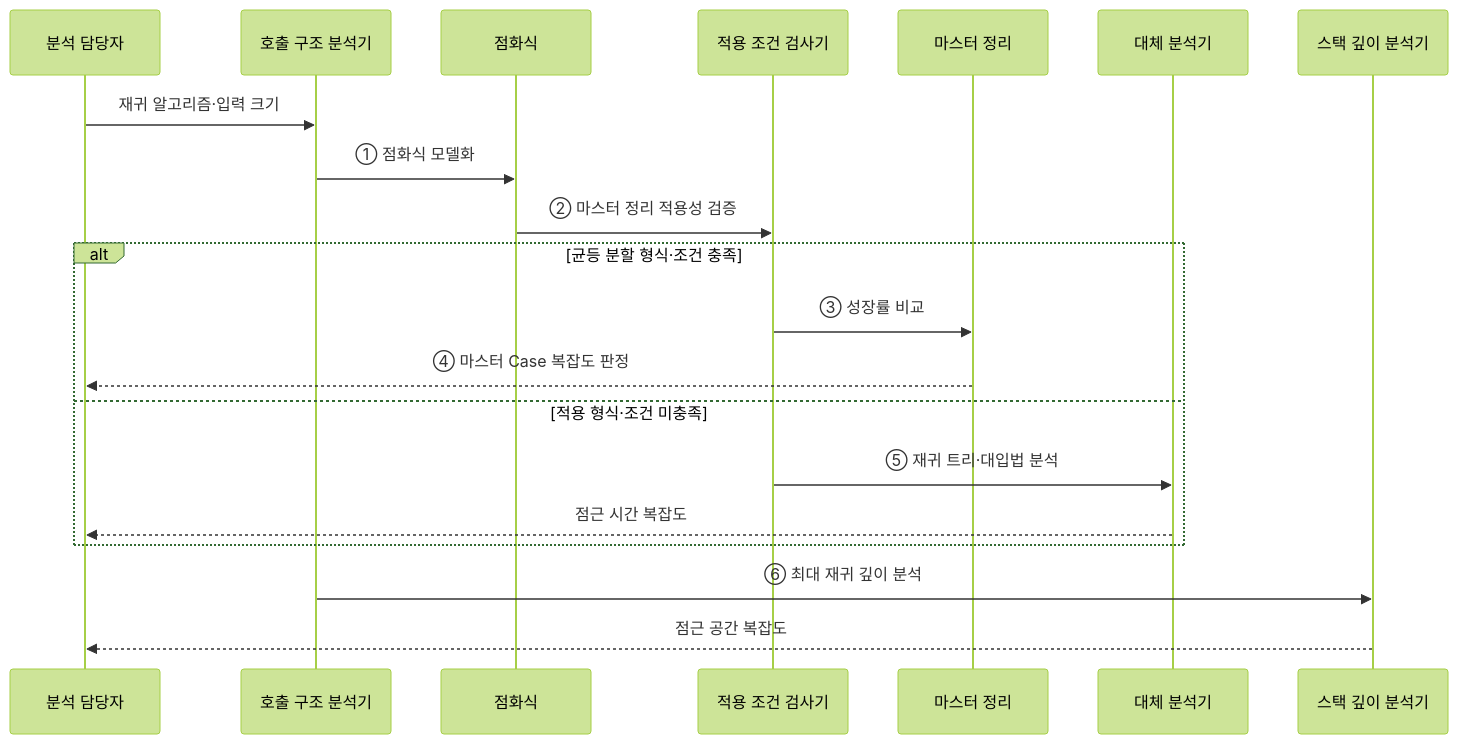
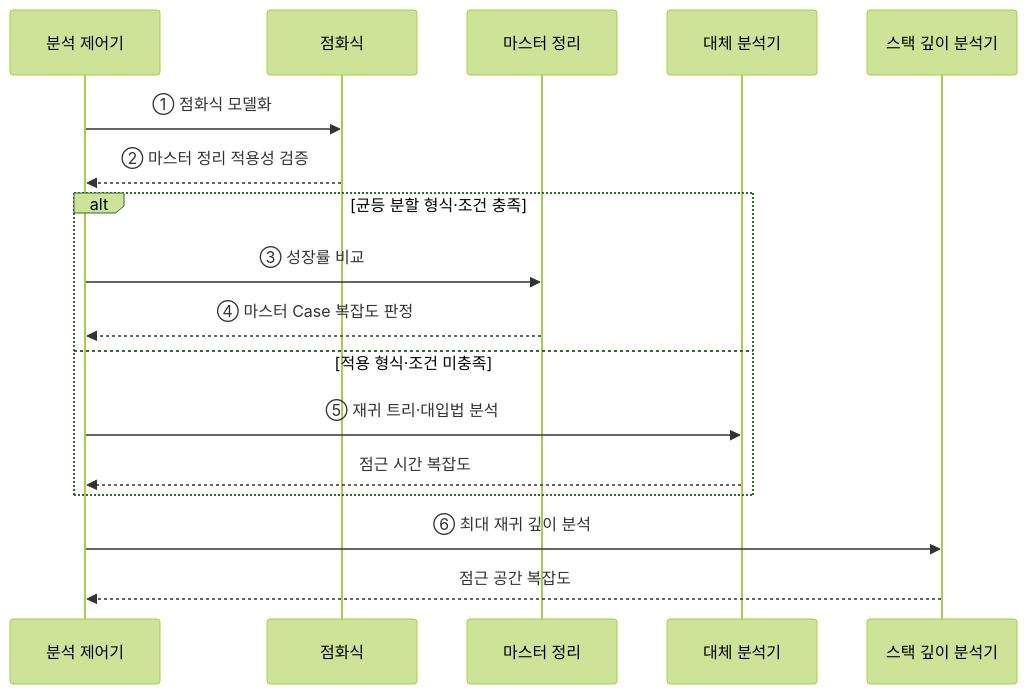
Before and after one commit to agnusdei1207/knowledge-base: the second of 2 diagrams in src/content/docs/notes/01-basic-theory/058_recursive_algo_master.md, drawn with Mermaid (forest theme). The commit also changed other lines of this file and 20 other files, not shown here.

````diff
--- a/src/content/docs/notes/01-basic-theory/058_recursive_algo_master.md
+++ b/src/content/docs/notes/01-basic-theory/058_recursive_algo_master.md
@@ -83,22 +83,19 @@
 ```mermaid
 sequenceDiagram
-    participant Q as 분석 담당자
-    participant C as 호출 구조 분석기
+    participant C as 분석 제어기
     participant R as 점화식
-    participant V as 적용 조건 검사기
     participant M as 마스터 정리
     participant A as 대체 분석기
     participant S as 스택 깊이 분석기
-    Q->>C: 재귀 알고리즘·입력 크기
     C->>R: ① 점화식 모델화
-    R->>V: ② 마스터 정리 적용성 검증
+    R-->>C: ② 마스터 정리 적용성 검증
     alt 균등 분할 형식·조건 충족
-        V->>M: ③ 성장률 비교
-        M-->>Q: ④ 마스터 Case 복잡도 판정
+        C->>M: ③ 성장률 비교
+        M-->>C: ④ 마스터 Case 복잡도 판정
     else 적용 형식·조건 미충족
-        V->>A: ⑤ 재귀 트리·대입법 분석
-        A-->>Q: 점근 시간 복잡도
+        C->>A: ⑤ 재귀 트리·대입법 분석
+        A-->>C: 점근 시간 복잡도
     end
     C->>S: ⑥ 최대 재귀 깊이 분석
-    S-->>Q: 점근 공간 복잡도
+    S-->>C: 점근 공간 복잡도
 ```
````
